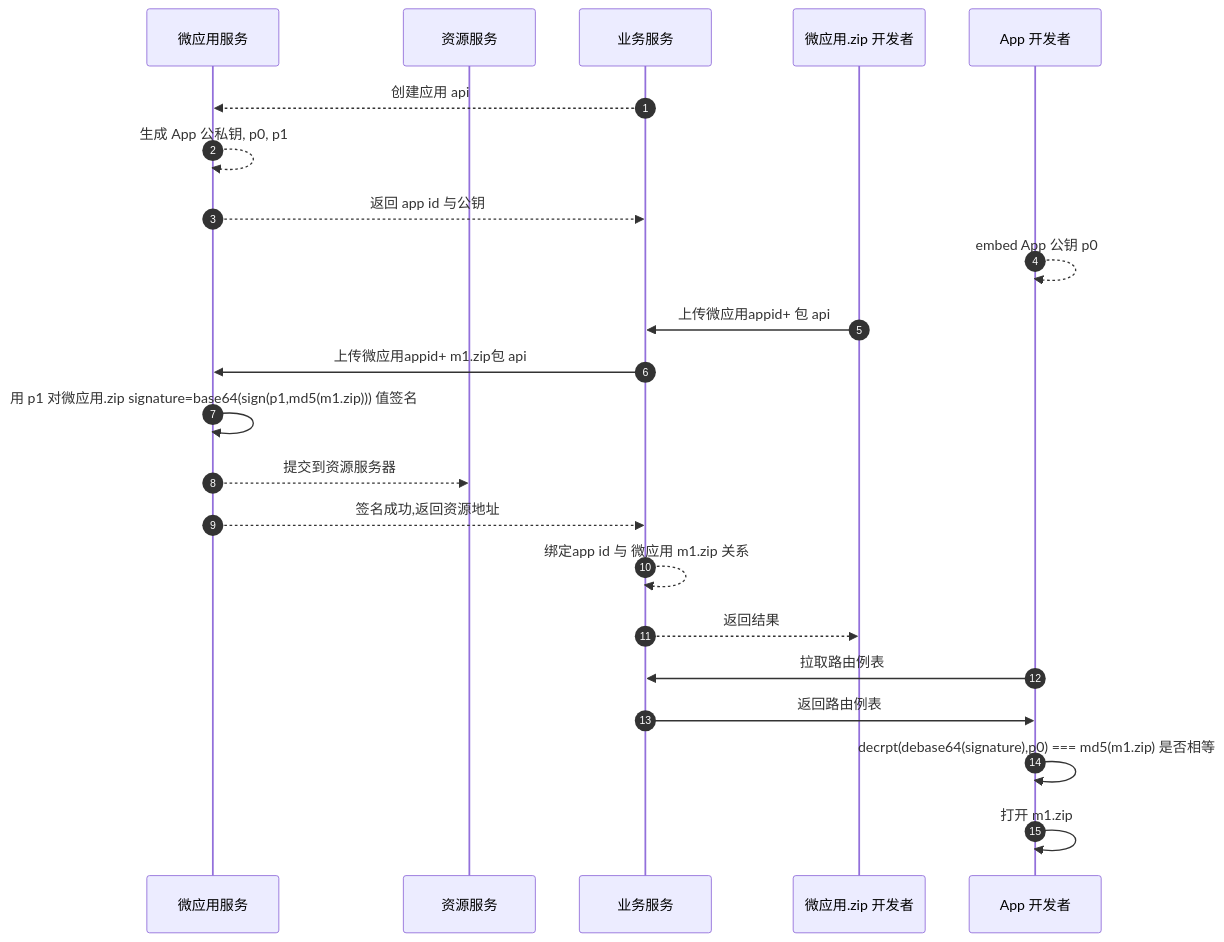
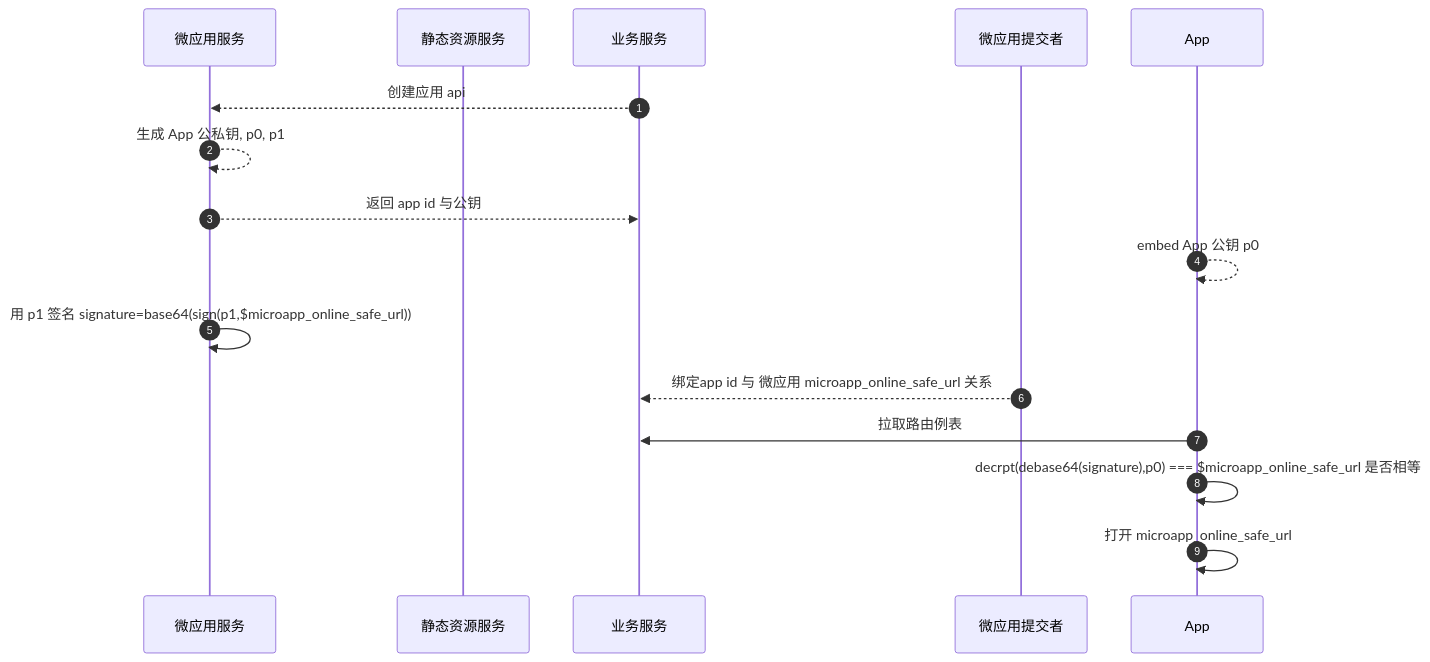
One commit to zk4/x-engine changed the second of 6 diagrams in modules/x-engine-docs/todos-1.0.md. Above: the diagram before and after it, drawn with Mermaid. The commit also changed other lines of this file and 18 other files, not shown here.

````diff
--- a/modules/x-engine-docs/todos-1.0.md
+++ b/modules/x-engine-docs/todos-1.0.md
@@ -58,27 +97,24 @@
 ``` mermaid
 sequenceDiagram
 	  autonumber
     participant s as 微应用服务 
-    participant r as 资源服务
+    participant r as 静态资源服务
     participant b as 业务服务
-	  participant u as 微应用.zip 开发者  
-    participant a as App 开发者
+	  participant u as 微应用提交者
+    participant a as App
 
 
     b-->>s: 创建应用 api
    	s-->>s: 生成 App 公私钥, p0, p1
 		s-->>b: 返回 app id 与公钥
    	a-->>a: embed App 公钥 p0
-   	u->>b: 上传微应用appid+ 包 api
-   	b->>s: 上传微应用appid+ m1.zip包 api
-   	s->>s: 用 p1 对微应用.zip signature=base64(sign(p1,md5(m1.zip))) 值签名 
-	  s-->>r: 提交到资源服务器
-	  s-->>b: 签名成功,返回资源地址
-	  b-->>b: 绑定app id 与 微应用 m1.zip 关系
-	  b-->>u: 返回结果
+   
+   	s->>s: 用 p1 签名 signature=base64(sign(p1,$microapp_online_safe_url)) 
+	  u-->>b: 绑定app id 与 微应用 microapp_online_safe_url 关系
+	 
 	  
 	  a->>b: 拉取路由例表
-	  b->>a: 返回路由例表
-	  a->>a: decrpt(debase64(signature),p0) === md5(m1.zip) 是否相等
-    a->>a: 打开  m1.zip
+	 
+	  a->>a: decrpt(debase64(signature),p0) === $microapp_online_safe_url 是否相等
+    a->>a: 打开 microapp_online_safe_url
 ```
````
